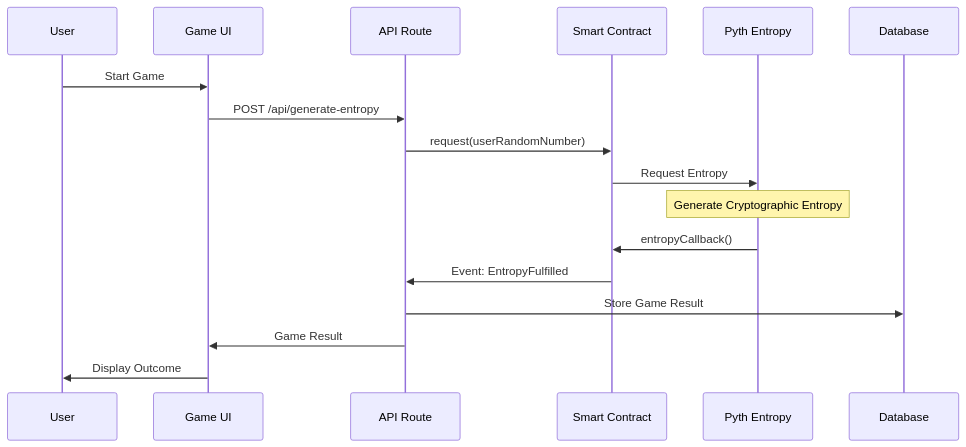
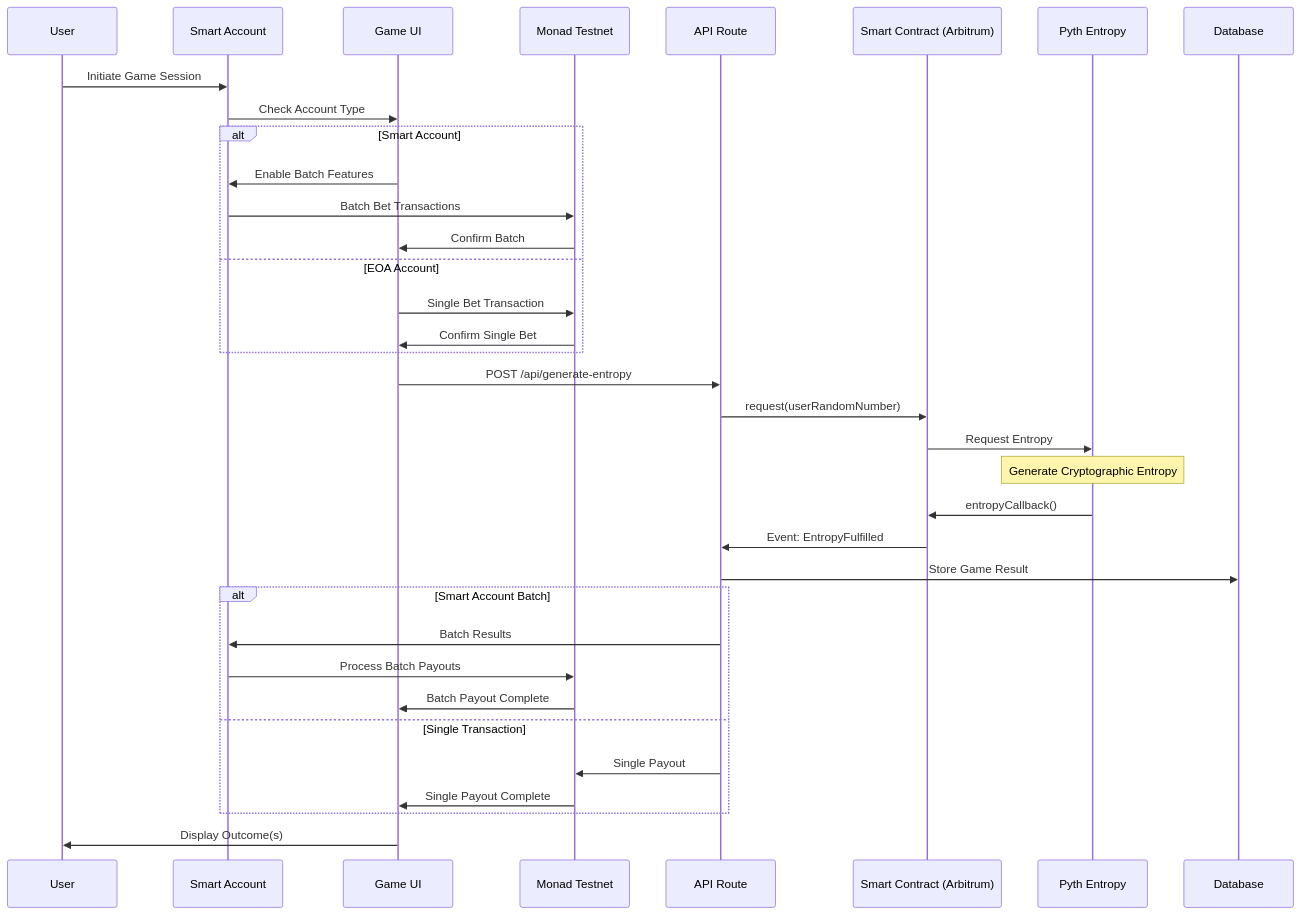
Before and after one commit to AmaanSayyad/APT-Casino-OneChain: the seventh of 21 diagrams in MERMAID_DIAGRAMS.md, drawn with Mermaid. The commit also changed other lines of this file and 160 other files, not shown here.

````diff
--- a/MERMAID_DIAGRAMS.md
+++ b/MERMAID_DIAGRAMS.md
@@ -131,22 +245,44 @@
 ```mermaid
 sequenceDiagram
     participant U as User
+    participant SA as Smart Account
     participant UI as Game UI
+    participant MT as Monad Testnet
     participant API as API Route
-    participant SC as Smart Contract
+    participant SC as Smart Contract (Arbitrum)
     participant PE as Pyth Entropy
     participant DB as Database
     
-    U->>UI: Start Game
+    U->>SA: Initiate Game Session
+    SA->>UI: Check Account Type
+    
+    alt Smart Account
+        UI->>SA: Enable Batch Features
+        SA->>MT: Batch Bet Transactions
+        MT->>UI: Confirm Batch
+    else EOA Account
+        UI->>MT: Single Bet Transaction
+        MT->>UI: Confirm Single Bet
+    end
+    
     UI->>API: POST /api/generate-entropy
     API->>SC: request(userRandomNumber)
     SC->>PE: Request Entropy
     
     Note over PE: Generate Cryptographic Entropy
     
     PE->>SC: entropyCallback()
     SC->>API: Event: EntropyFulfilled
     API->>DB: Store Game Result
-    API->>UI: Game Result
-    UI->>U: Display Outcome
+    
+    alt Smart Account Batch
+        API->>SA: Batch Results
+        SA->>MT: Process Batch Payouts
+        MT->>UI: Batch Payout Complete
+    else Single Transaction
+        API->>MT: Single Payout
+        MT->>UI: Single Payout Complete
+    end
+    
+    UI->>U: Display Outcome(s)
 ```
````
